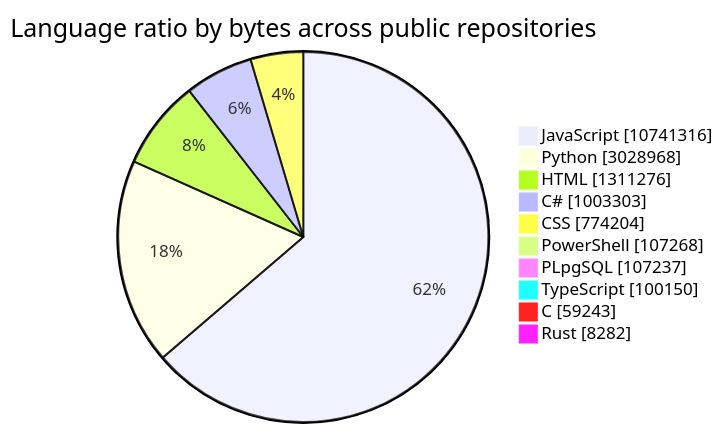
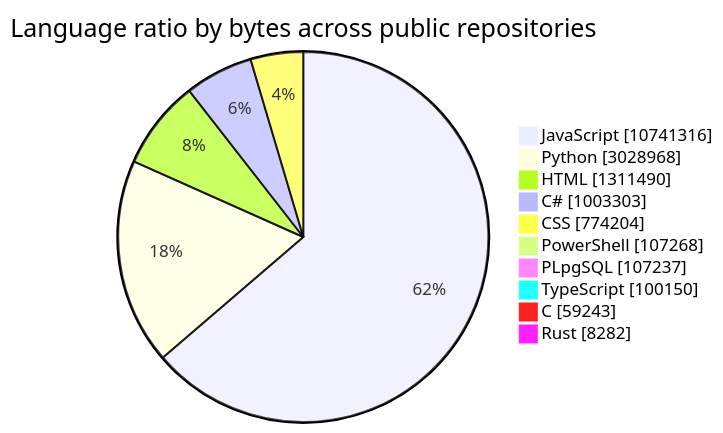
The first of 2 diagrams in README.md (tchinso/tchinso), drawn with Mermaid before and after one commit. The commit also changed other lines of this file, not shown here.

````diff
--- a/README.md
+++ b/README.md
@@ -27,14 +27,14 @@
 ```mermaid
 pie showData
     title Language ratio by bytes across public repositories
     "JavaScript" : 10741316
     "Python" : 3028968
-    "HTML" : 1311276
+    "HTML" : 1311490
     "C#" : 1003303
     "CSS" : 774204
     "PowerShell" : 107268
     "PLpgSQL" : 107237
     "TypeScript" : 100150
     "C" : 59243
     "Rust" : 8282
 ```
````
